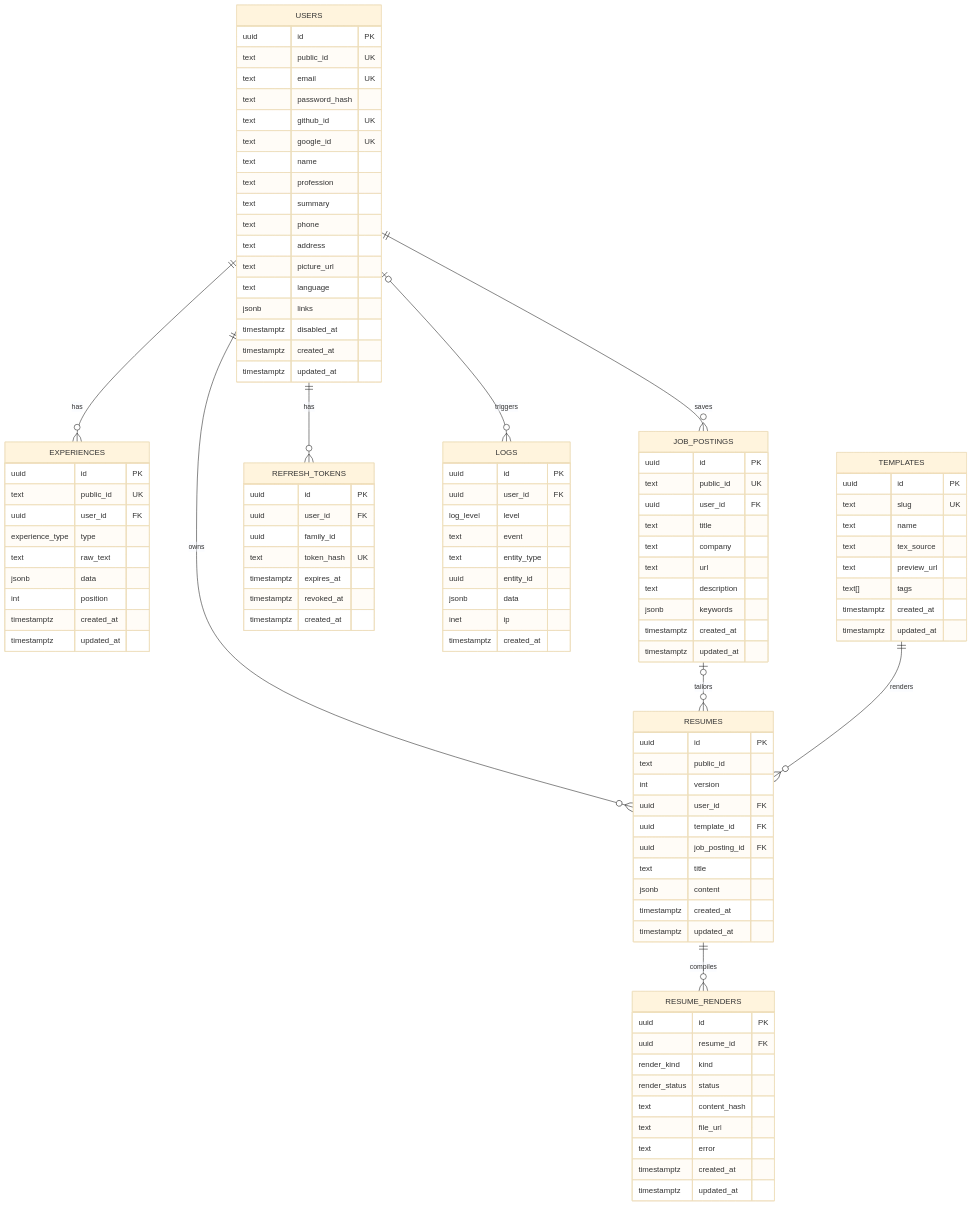
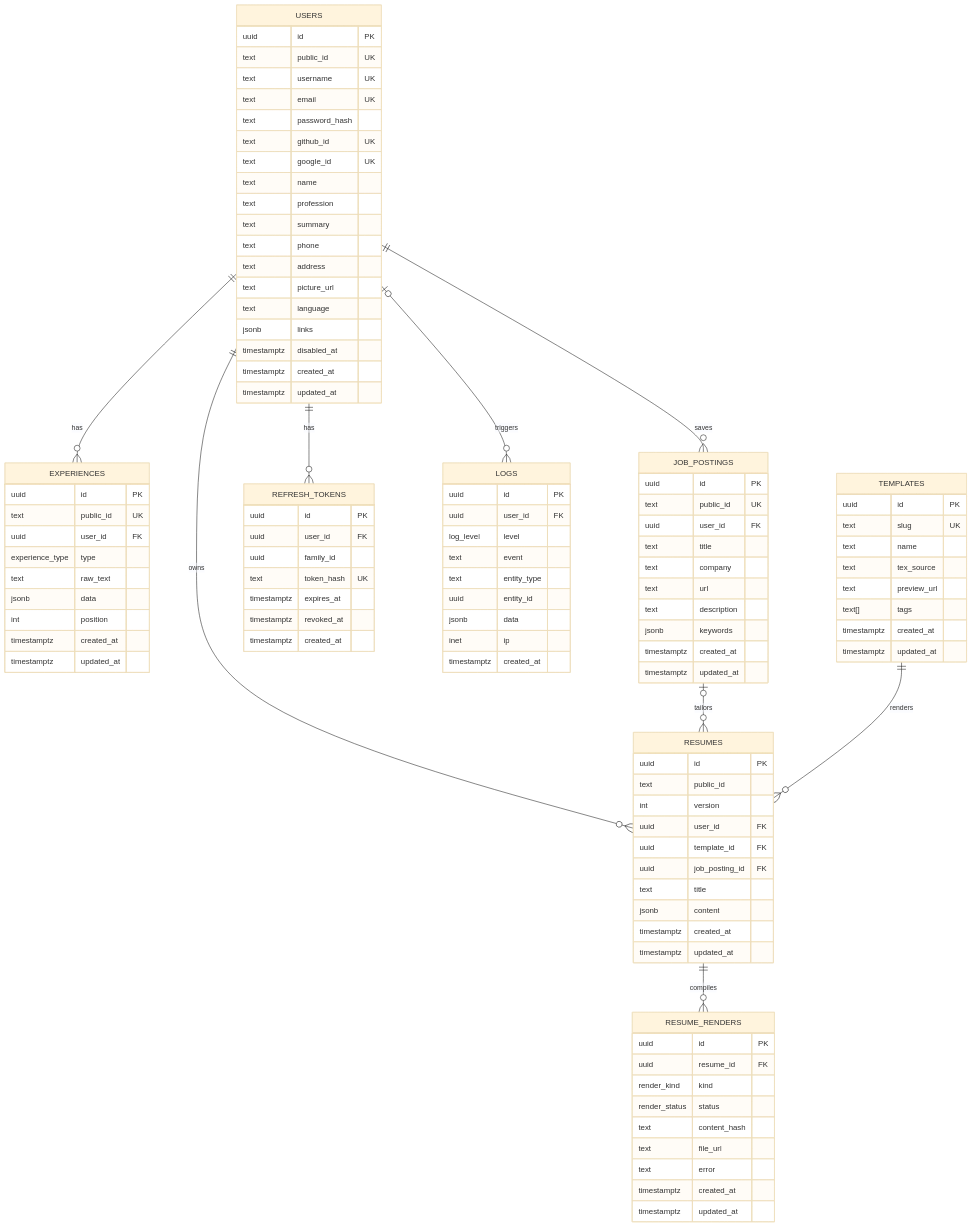
One commit to PUCTech/rayume changed the diagram in docs/database/README.md. Above: the diagram before and after it, drawn with Mermaid (base theme). The commit also changed other lines of this file, not shown here.

Commit message:
docs: add unique username to users for clean URLs

```diff
--- a/docs/database/README.md
+++ b/docs/database/README.md
@@ -36,6 +36,7 @@
   USERS {
     uuid id PK
     text public_id UK
+    text username UK
     text email UK
     text password_hash
     text github_id UK
```
